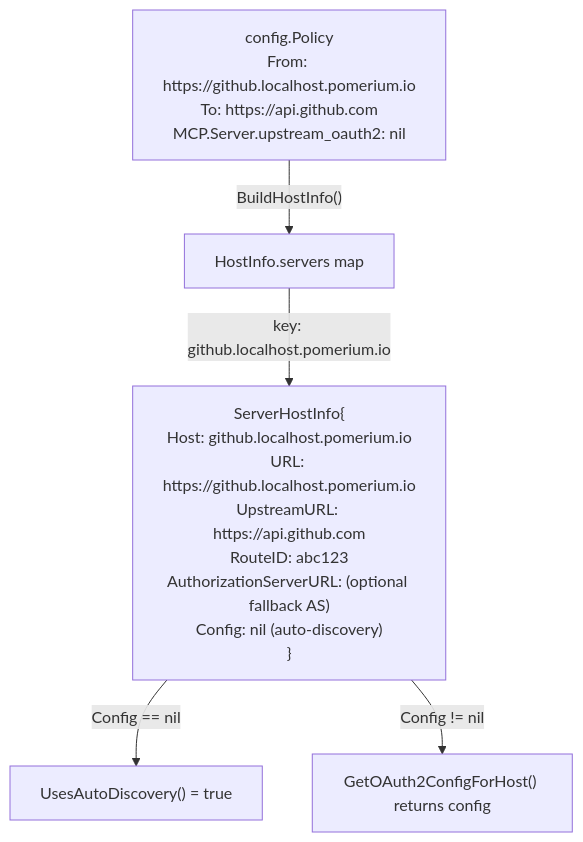
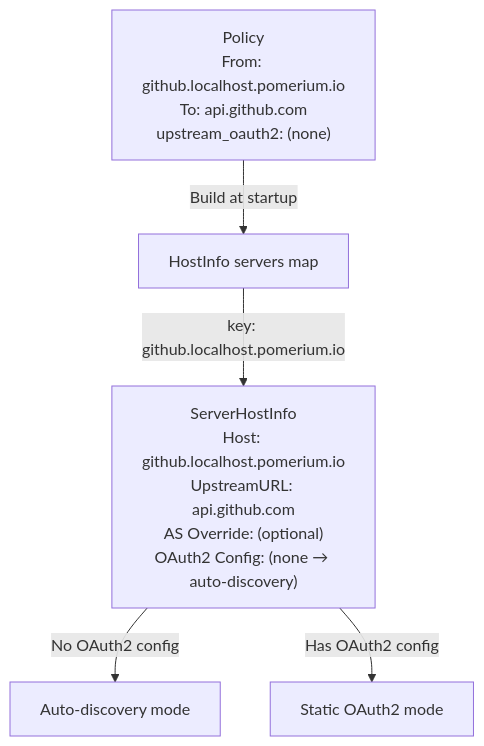
Diagram 14 of 14 in internal/mcp/DESIGN.md (pomerium/pomerium), drawn with Mermaid before and after one commit. The commit also changed other lines of this file, not shown here.

````diff
--- a/internal/mcp/DESIGN.md
+++ b/internal/mcp/DESIGN.md
@@ -677,14 +699,14 @@
 ```mermaid
 flowchart TD
-    Policy["config.Policy<br/>From: https://github.localhost.pomerium.io<br/>To: https://api.github.com<br/>MCP.Server.upstream_oauth2: nil"]
+    Policy["Policy<br/>From: github.localhost.pomerium.io<br/>To: api.github.com<br/>upstream_oauth2: (none)"]
 
-    HostInfo["HostInfo.servers map"]
+    HostInfo["HostInfo servers map"]
 
-    ServerHostInfo["ServerHostInfo{<br/>Host: github.localhost.pomerium.io<br/>URL: https://github.localhost.pomerium.io<br/>UpstreamURL: https://api.github.com<br/>RouteID: abc123<br/>AuthorizationServerURL: (optional fallback AS)<br/>Config: nil (auto-discovery)<br/>}"]
+    ServerHostInfo["ServerHostInfo<br/>Host: github.localhost.pomerium.io<br/>UpstreamURL: api.github.com<br/>AS Override: (optional)<br/>OAuth2 Config: (none → auto-discovery)"]
 
-    Policy -->|"BuildHostInfo()"| HostInfo
+    Policy -->|"Build at startup"| HostInfo
     HostInfo -->|"key: github.localhost.pomerium.io"| ServerHostInfo
 
-    ServerHostInfo -->|"Config == nil"| AutoDisc["UsesAutoDiscovery() = true"]
-    ServerHostInfo -->|"Config != nil"| Static["GetOAuth2ConfigForHost() returns config"]
+    ServerHostInfo -->|"No OAuth2 config"| AutoDisc["Auto-discovery mode"]
+    ServerHostInfo -->|"Has OAuth2 config"| Static["Static OAuth2 mode"]
 ```
````
